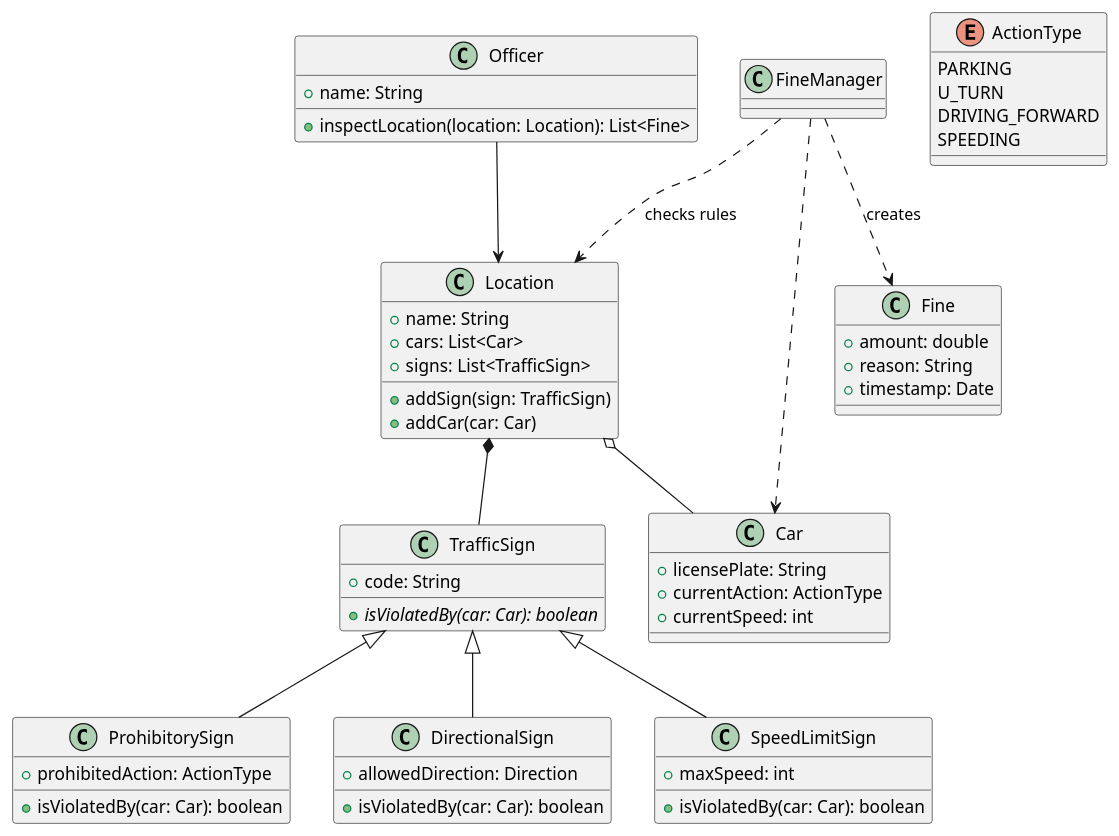
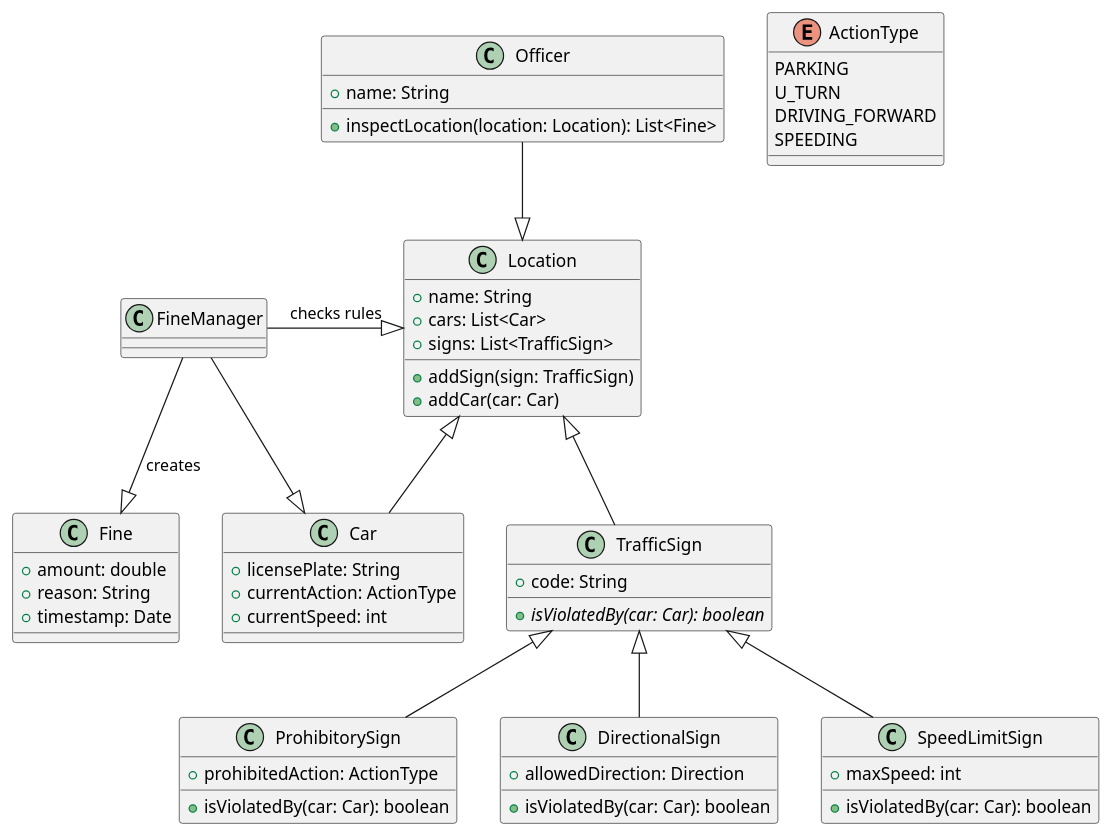
One commit to MujPrvniGutHib/OPR2-REPO changed the diagram in PrstupkyDopravni.puml. Above: the diagram before and after it, drawn with PlantUML.

```diff
--- a/PrstupkyDopravni.puml
+++ b/PrstupkyDopravni.puml
@@ -1,68 +1,68 @@
 @startuml
 
 
 
     class Officer {
         + name: String
         + inspectLocation(location: Location): List<Fine>
     }
 
     class Location {
         + name: String
         + cars: List<Car>
         + signs: List<TrafficSign>
         + addSign(sign: TrafficSign)
         + addCar(car: Car)
     }
 
     class TrafficSign {
         + code: String
         + {abstract} isViolatedBy(car: Car): boolean
     }
 
     class ProhibitorySign {
         + prohibitedAction: ActionType
         + isViolatedBy(car: Car): boolean
     }
 
     class DirectionalSign {
         + allowedDirection: Direction
         + isViolatedBy(car: Car): boolean
     }
 
     class SpeedLimitSign {
         + maxSpeed: int
         + isViolatedBy(car: Car): boolean
     }
 
     class Car {
         + licensePlate: String
         + currentAction: ActionType
         + currentSpeed: int
     }
 
     enum ActionType {
         PARKING
         U_TURN
         DRIVING_FORWARD
         SPEEDING
     }
 
     class Fine {
         + amount: double
         + reason: String
         + timestamp: Date
     }
 
-    Officer --> Location
-    Location *-- TrafficSign
-    Location o-- Car
+    Officer --|> Location
+    Location <|-- TrafficSign
+    Location <|-- Car
     TrafficSign <|-- ProhibitorySign
     TrafficSign <|-- DirectionalSign
     TrafficSign <|-- SpeedLimitSign
-    FineManager ..> Fine : creates
-    FineManager ..> Car
-    FineManager ..> Location : checks rules
+    FineManager --|> Fine : creates
+    FineManager --|> Car
+    FineManager -|> Location : checks rules
 
 
 @enduml
```
